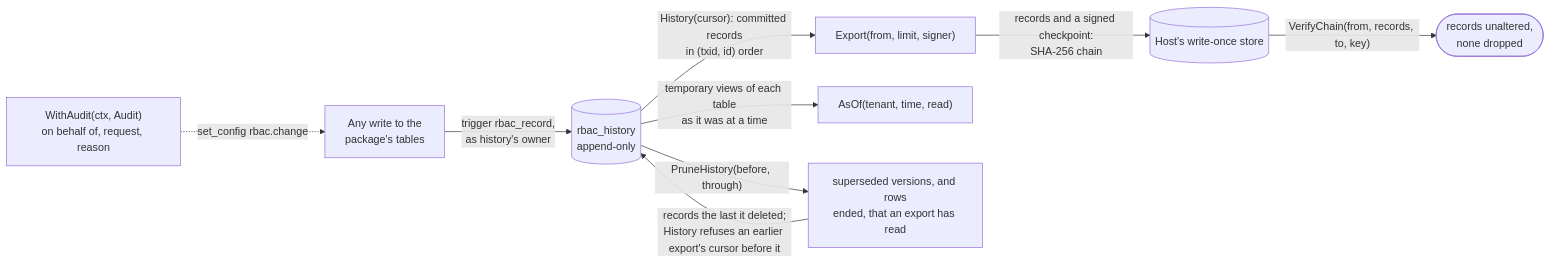
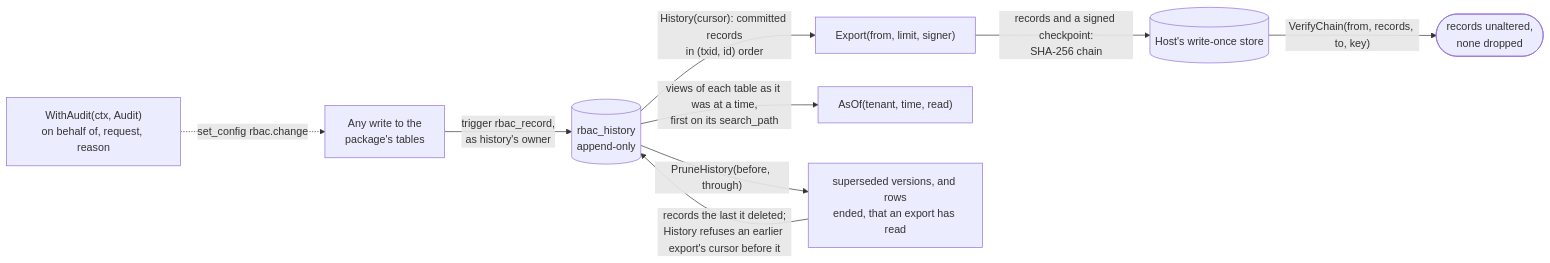
Before and after one commit to parallelworks/rbac: diagram 13 of 14 in docs/architecture.md, drawn with Mermaid. The commit also changed other lines of this file and 12 other files, not shown here.

````diff
--- a/docs/architecture.md
+++ b/docs/architecture.md
@@ -1113,11 +1114,11 @@
 ```mermaid
 flowchart LR
     write["Any write to the<br/>package's tables"] -->|"trigger rbac_record,<br/>as history's owner"| hist[("rbac_history<br/>append-only")]
     ctxa["WithAudit(ctx, Audit)<br/>on behalf of, request, reason"] -.->|"set_config rbac.change"| write
     hist -->|"History(cursor): committed records<br/>in (txid, id) order"| exp["Export(from, limit, signer)"]
     exp -->|"records and a signed checkpoint:<br/>SHA-256 chain"| store[("Host's write-once store")]
     store -->|"VerifyChain(from, records, to, key)"| verify(["records unaltered,<br/>none dropped"])
-    hist -->|"temporary views of each table<br/>as it was at a time"| asof["AsOf(tenant, time, read)"]
+    hist -->|"views of each table as it was at a time,<br/>first on its search_path"| asof["AsOf(tenant, time, read)"]
     hist -->|"PruneHistory(before, through)"| prune["superseded versions, and rows<br/>ended, that an export has read"]
     prune -->|"records the last it deleted;<br/>History refuses an earlier export's cursor before it"| hist
 ```
````
